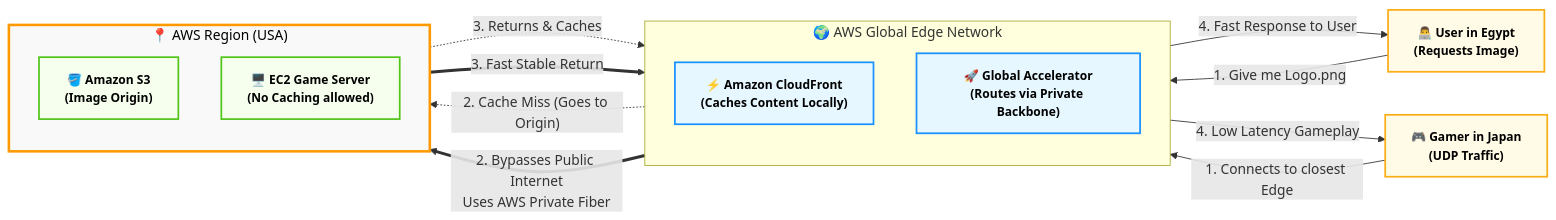
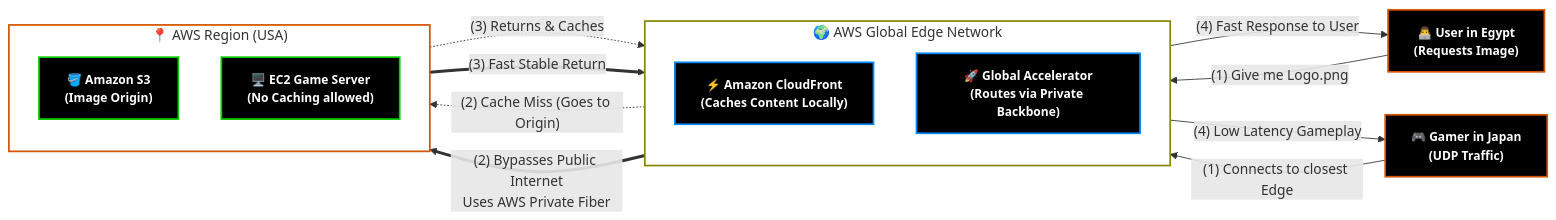
Before and after one commit to muhammad-khaled-tech/My-Study-Notes: diagram 31 of 48 in Domain 3.md, drawn with Mermaid. The commit also changed 2 other files, not shown here.

Commit message:
vault backup: 2026-06-04 22:47:53

````diff
--- a/Domain 3.md
+++ b/Domain 3.md
@@ -3338,42 +3338,45 @@
 ```mermaid
 flowchart LR
-    %% Global Styling
-    classDef default font-weight:bold,font-size:14px,stroke-width:2px;
-    classDef user fill:#fffbe6,stroke:#faad14,color:#000;
-    classDef edge fill:#e6f7ff,stroke:#1890ff,color:#000;
-    classDef aws fill:#f9f9f9,stroke:#ff9900,stroke-width:3px,color:#000;
-    classDef origin fill:#f6ffed,stroke:#52c41a,color:#000;
 
-    User1["👨‍💻 User in Egypt<br/>(Requests Image)"]
-    User2["🎮 Gamer in Japan<br/>(UDP Traffic)"]
+    %% ستايلات مطابقة تماماً للصورة (خلفية داكنة مع حدود ملونة وكتابة بيضاء)
+    classDef default font-weight:bold,font-size:14px,color:#fff;
+    classDef user fill:#000000,stroke:#d35400,stroke-width:2px;
+    classDef edge fill:#000000,stroke:#0088ff,stroke-width:2px;
+    classDef origin fill:#000000,stroke:#00cc00,stroke-width:2px;
+    classDef aws_edge fill:transparent,stroke:#888800,stroke-width:2px;
+    classDef aws_region fill:transparent,stroke:#d35400,stroke-width:2px;
+
+    User1["👨‍💻 User in Egypt<br>(Requests Image)"]
+    User2["🎮 Gamer in Japan<br>(UDP Traffic)"]
 
     subgraph AWS_Edge_Network ["🌍 AWS Global Edge Network"]
         direction TB
-        CF["⚡ Amazon CloudFront<br/>(Caches Content Locally)"]
-        GA["🚀 Global Accelerator<br/>(Routes via Private Backbone)"]
+        CF["⚡ Amazon CloudFront<br>(Caches Content Locally)"]
+        GA["🚀 Global Accelerator<br>(Routes via Private Backbone)"]
     end
 
     subgraph AWS_Region ["📍 AWS Region (USA)"]
         direction TB
-        S3["🪣 Amazon S3<br/>(Image Origin)"]
-        EC2["🖥️ EC2 Game Server<br/>(No Caching allowed)"]
+        S3["🪣 Amazon S3<br>(Image Origin)"]
+        EC2["🖥️ EC2 Game Server<br>(No Caching allowed)"]
     end
 
-    %% CloudFront Path (Caching)
-    User1 -->|"1. Give me Logo.png"| CF
-    CF -.->|"2. Cache Miss (Goes to Origin)"| S3
-    S3 -.->|"3. Returns & Caches"| CF
-    CF -->|"4. Fast Response to User"| User1
+    %% مسار CloudFront (تم استبدال النقط بأقواس لتفادي الخطأ)
+    User1 -->|"(1) Give me Logo.png"| CF
+    CF -.->|"(2) Cache Miss (Goes to Origin)"| S3
+    S3 -.->|"(3) Returns & Caches"| CF
+    CF -->|"(4) Fast Response to User"| User1
 
-    %% Global Accelerator Path (Fast Routing)
-    User2 -->|"1. Connects to closest Edge"| GA
-    GA ==>|"2. Bypasses Public Internet<br/>Uses AWS Private Fiber"| EC2
-    EC2 ==>|"3. Fast Stable Return"| GA
-    GA -->|"4. Low Latency Gameplay"| User2
+    %% مسار Global Accelerator (تم استبدال النقط بأقواس لتفادي الخطأ)
+    User2 -->|"(1) Connects to closest Edge"| GA
+    GA ==>|"(2) Bypasses Public Internet<br>Uses AWS Private Fiber"| EC2
+    EC2 ==>|"(3) Fast Stable Return"| GA
+    GA -->|"(4) Low Latency Gameplay"| User2
 
-    %% Apply Classes
+    %% تطبيق الستايلات
     class User1,User2 user;
     class CF,GA edge;
-    class AWS_Region aws;
     class S3,EC2 origin;
+    class AWS_Edge_Network aws_edge;
+    class AWS_Region aws_region;
 ```
````
